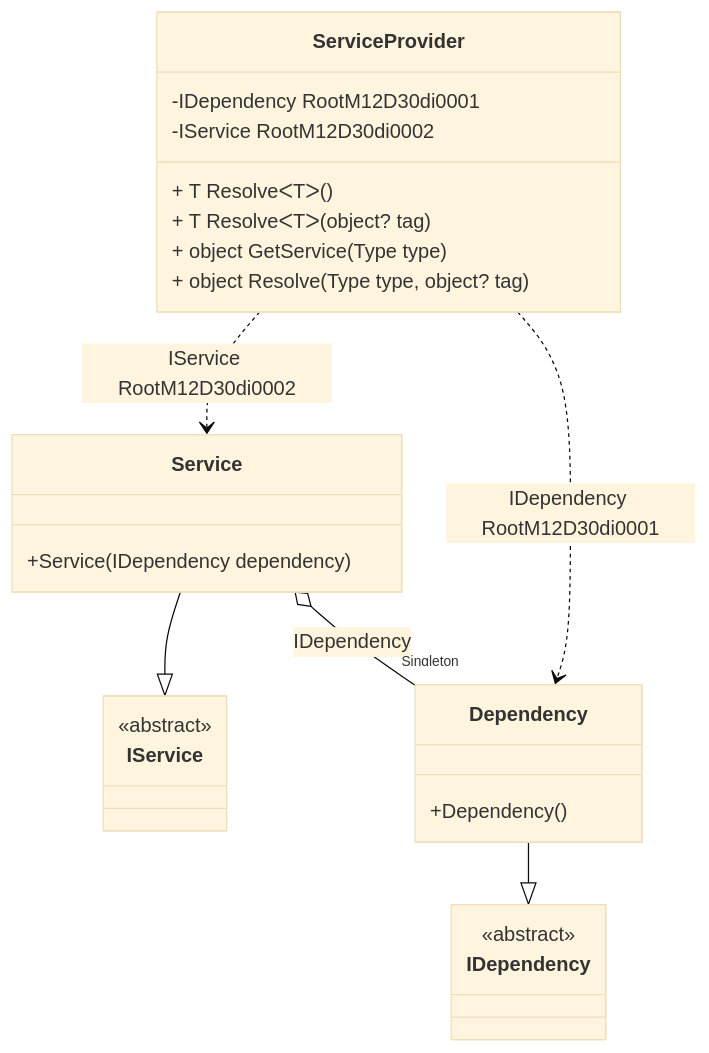
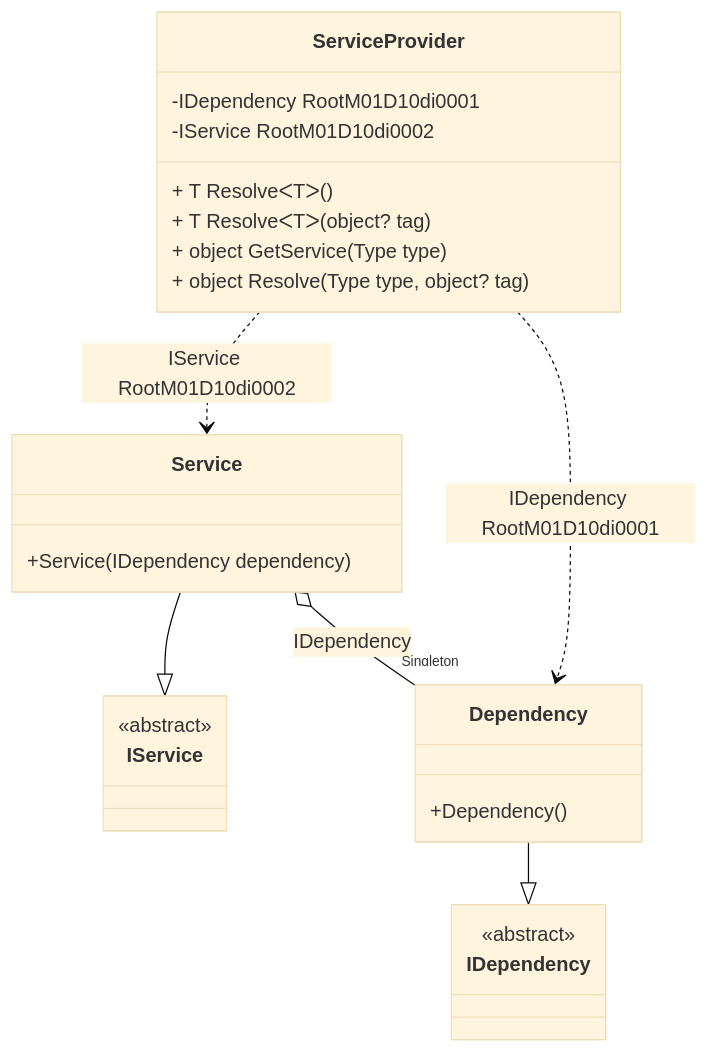
The diagram in readme/service-provider.md (DevTeam/Pure.DI), drawn with Mermaid (base theme) before and after one commit. The commit also changed other lines of this file and 73 other files, not shown here.

````diff
--- a/readme/service-provider.md
+++ b/readme/service-provider.md
@@ -46,28 +46,28 @@
 ```mermaid
 classDiagram
   class ServiceProvider {
-    -IDependency RootM12D30di0001
-    -IService RootM12D30di0002
+    -IDependency RootM01D10di0001
+    -IService RootM01D10di0002
     + T ResolveᐸTᐳ()
     + T ResolveᐸTᐳ(object? tag)
     + object GetService(Type type)
     + object Resolve(Type type, object? tag)
   }
   Service --|> IService : 
   class Service {
     +Service(IDependency dependency)
   }
   Dependency --|> IDependency : 
   class Dependency {
     +Dependency()
   }
   class IService {
     <<abstract>>
   }
   class IDependency {
     <<abstract>>
   }
   Service o--  "Singleton" Dependency : IDependency
-  ServiceProvider ..> Dependency : IDependency RootM12D30di0001
-  ServiceProvider ..> Service : IService RootM12D30di0002
+  ServiceProvider ..> Dependency : IDependency RootM01D10di0001
+  ServiceProvider ..> Service : IService RootM01D10di0002
 ```
````
